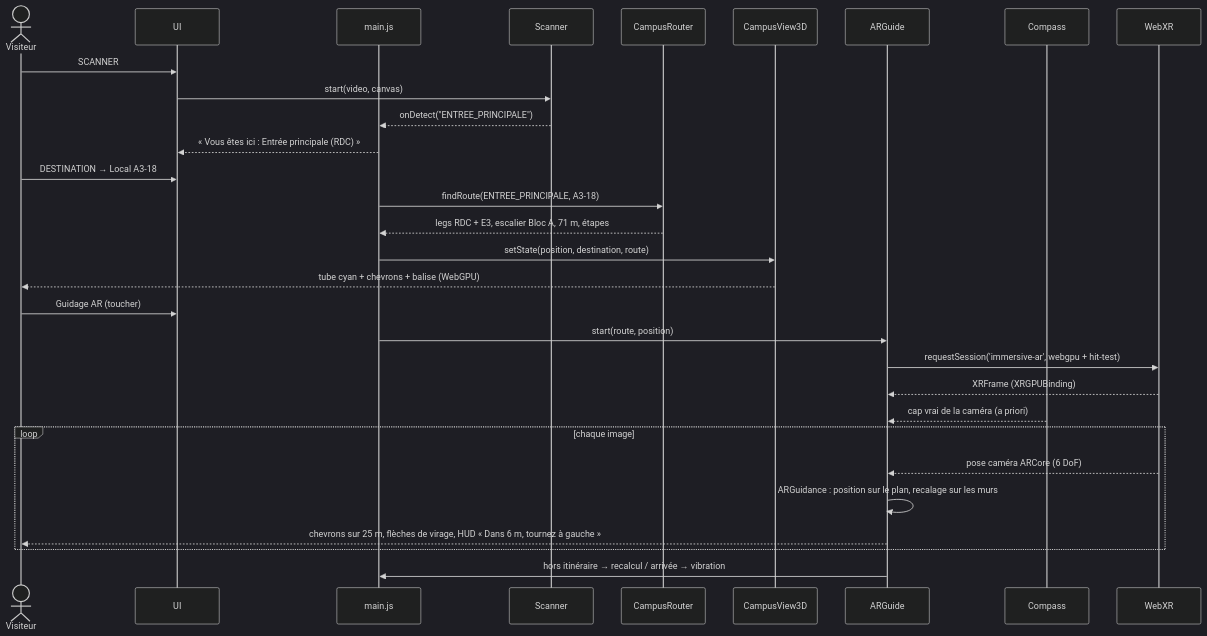
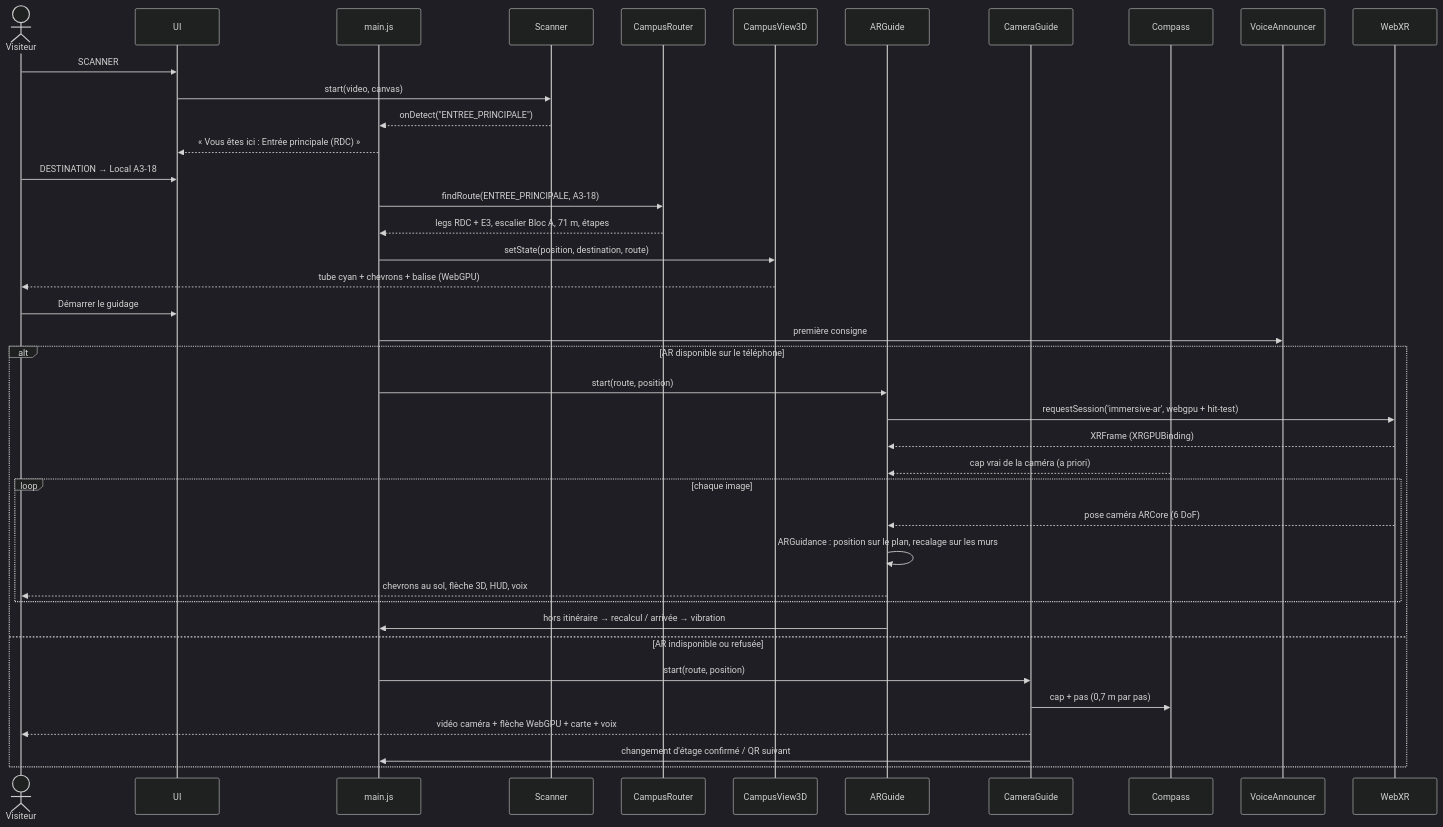
The third of 5 diagrams in docs/design-notebook.md (yessinomhiri-cpu/indoor-wayfinder), drawn with Mermaid (dark theme) before and after one commit. The commit also changed other lines of this file and 3 other files, not shown here.

````diff
--- a/docs/design-notebook.md
+++ b/docs/design-notebook.md
@@ -96,33 +110,43 @@
 ```mermaid
 sequenceDiagram
     actor Visiteur
     participant UI
     participant Main as main.js
     participant Scanner
     participant Router as CampusRouter
     participant View as CampusView3D
     participant AR as ARGuide
+    participant Camera as CameraGuide
     participant Compass
+    participant Voice as VoiceAnnouncer
     participant WebXR
 
     Visiteur->>UI: SCANNER
     UI->>Scanner: start(video, canvas)
     Scanner-->>Main: onDetect("ENTREE_PRINCIPALE")
     Main-->>UI: « Vous êtes ici : Entrée principale (RDC) »
     Visiteur->>UI: DESTINATION → Local A3-18
     Main->>Router: findRoute(ENTREE_PRINCIPALE, A3-18)
     Router-->>Main: legs RDC + E3, escalier Bloc A, 71 m, étapes
     Main->>View: setState(position, destination, route)
     View-->>Visiteur: tube cyan + chevrons + balise (WebGPU)
-    Visiteur->>UI: Guidage AR (toucher)
-    Main->>AR: start(route, position)
-    AR->>WebXR: requestSession('immersive-ar', webgpu + hit-test)
-    WebXR-->>AR: XRFrame (XRGPUBinding)
-    Compass-->>AR: cap vrai de la caméra (a priori)
-    loop chaque image
-        WebXR-->>AR: pose caméra ARCore (6 DoF)
-        AR->>AR: ARGuidance : position sur le plan, recalage sur les murs
-        AR-->>Visiteur: chevrons sur 25 m, flèches de virage, HUD « Dans 6 m, tournez à gauche »
+    Visiteur->>UI: Démarrer le guidage
+    Main->>Voice: première consigne
+    alt AR disponible sur le téléphone
+        Main->>AR: start(route, position)
+        AR->>WebXR: requestSession('immersive-ar', webgpu + hit-test)
+        WebXR-->>AR: XRFrame (XRGPUBinding)
+        Compass-->>AR: cap vrai de la caméra (a priori)
+        loop chaque image
+            WebXR-->>AR: pose caméra ARCore (6 DoF)
+            AR->>AR: ARGuidance : position sur le plan, recalage sur les murs
+            AR-->>Visiteur: chevrons au sol, flèche 3D, HUD, voix
+        end
+        AR->>Main: hors itinéraire → recalcul / arrivée → vibration
+    else AR indisponible ou refusée
+        Main->>Camera: start(route, position)
+        Camera->>Compass: cap + pas (0,7 m par pas)
+        Camera-->>Visiteur: vidéo caméra + flèche WebGPU + carte + voix
+        Camera->>Main: changement d'étage confirmé / QR suivant
     end
-    AR->>Main: hors itinéraire → recalcul / arrivée → vibration
 ```
````
